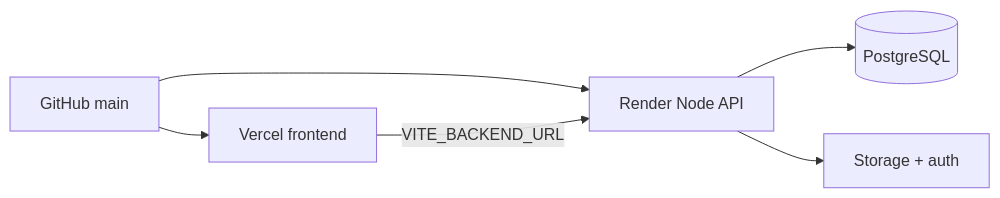
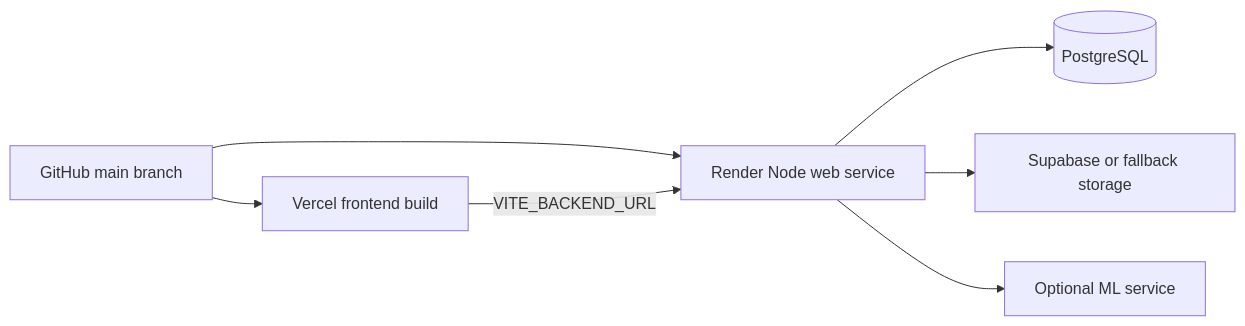
One commit to RidhimaKulashriz/DRIFT-AI-ML-Platform changed the fifth of 5 diagrams in README.md. Above: the diagram before and after it, drawn with Mermaid. The commit also changed other lines of this file and 1 other file, not shown here.

````diff
--- a/README.md
+++ b/README.md
@@ -245,8 +677,9 @@
 ```mermaid
 flowchart LR
-    G[GitHub main] --> V[Vercel frontend]
-    G --> R[Render Node API]
+    G[GitHub main branch] --> V[Vercel frontend build]
+    G --> R[Render Node web service]
     R --> P[(PostgreSQL)]
-    R --> S[Storage + auth]
+    R --> S[Supabase or fallback storage]
+    R --> M[Optional ML service]
     V -->|VITE_BACKEND_URL| R
 ```
````
